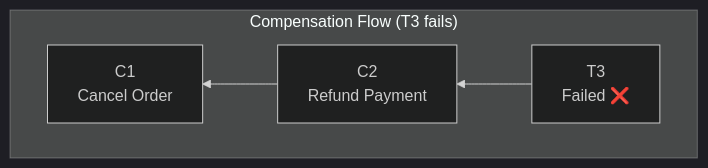
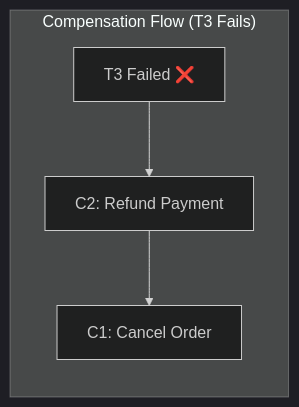
Before and after one commit to calmrocks/system-design-dive-deep: the fifth of 8 diagrams in SystemDesign/SystemDesign/Sessions/Distributed Transactions/Distributed Transactions.md, drawn with Mermaid (dark theme). The commit also changed other lines of this file, not shown here.

````diff
--- a/SystemDesign/SystemDesign/Sessions/Distributed Transactions/Distributed Transactions.md
+++ b/SystemDesign/SystemDesign/Sessions/Distributed Transactions/Distributed Transactions.md
@@ -231,8 +252,7 @@
-```mermaid
+~~~mermaid
 flowchart RL
-    subgraph Compensation["Compensation Flow (T3 fails)"]
-        direction RL
-        T3F["T3<br/>Failed ❌"] --> C2["C2<br/>Refund Payment"]
-        C2 --> C1["C1<br/>Cancel Order"]
+    subgraph compensation["Compensation Flow (T3 Fails)"]
+        F["T3 Failed ❌"] --> C2["C2: Refund Payment"]
+        C2 --> C1["C1: Cancel Order"]
     end
-```
+~~~
````
